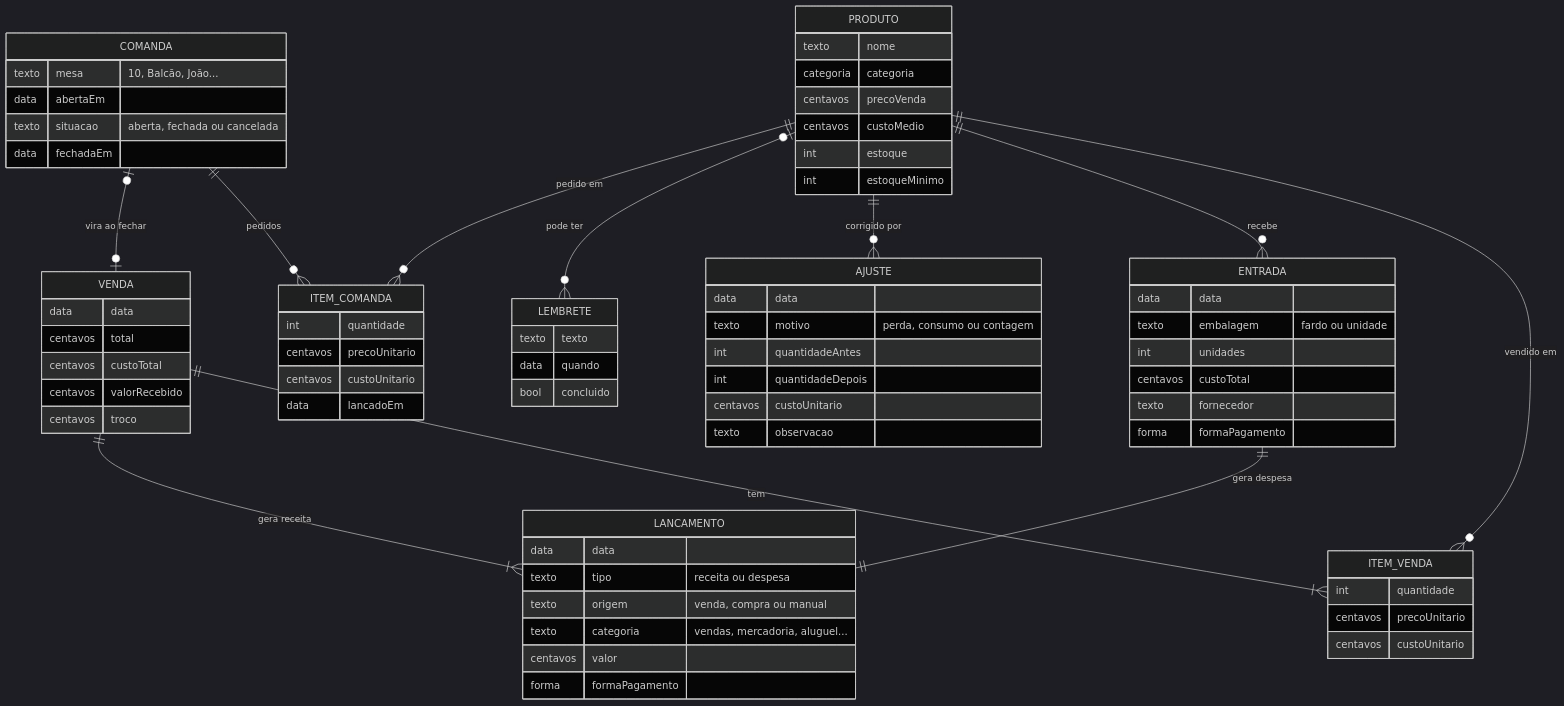
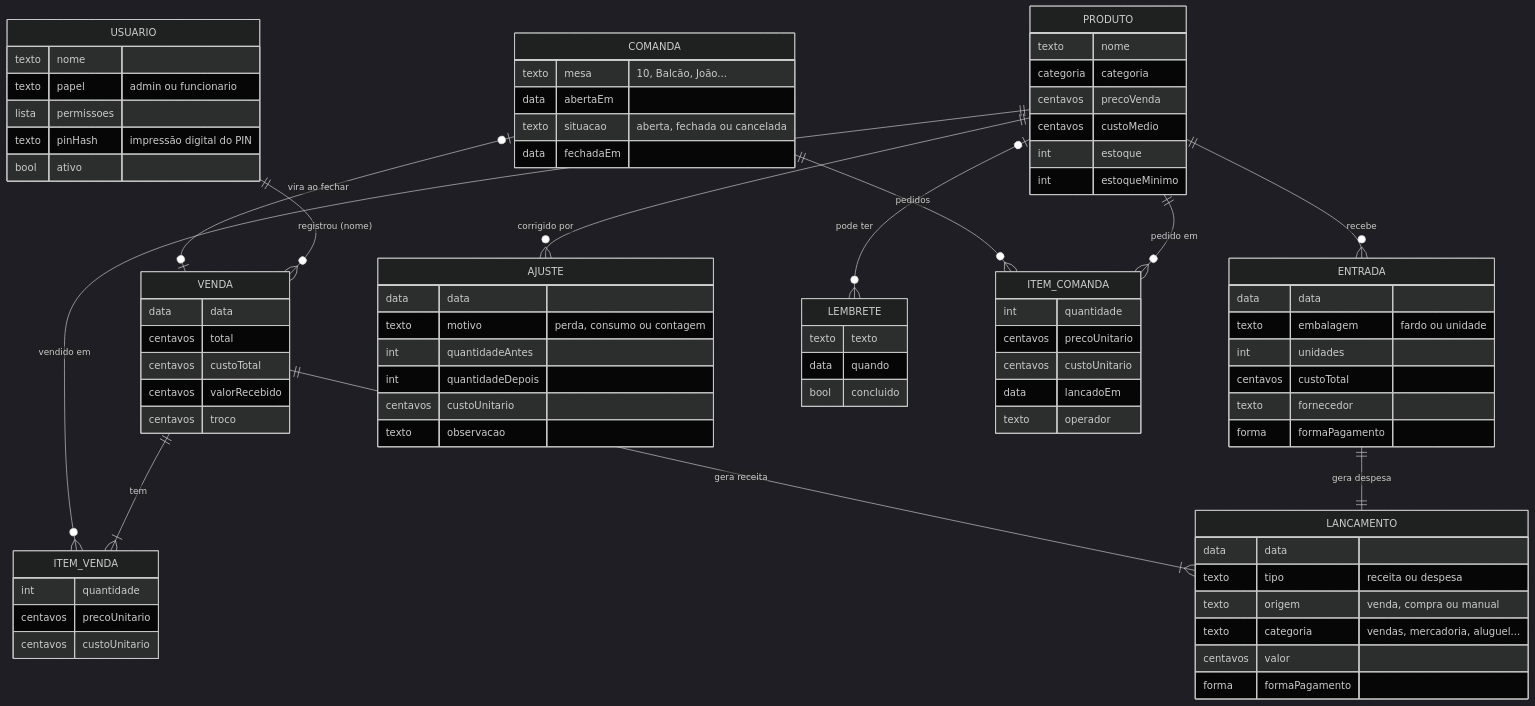
The sixth of 6 diagrams in docs/FLUXO.md (Diogo632/Adegas), drawn with Mermaid (dark theme) before and after one commit. The commit also changed other lines of this file and 58 other files, not shown here.

````diff
--- a/docs/FLUXO.md
+++ b/docs/FLUXO.md
@@ -231,6 +269,7 @@
     COMANDA ||--o{ ITEM_COMANDA : "pedidos"
     PRODUTO ||--o{ ITEM_COMANDA : "pedido em"
     COMANDA |o--o| VENDA : "vira ao fechar"
+    USUARIO ||--o{ VENDA : "registrou (nome)"
 
     PRODUTO {
         texto nome
@@ -292,5 +331,13 @@
         centavos precoUnitario
         centavos custoUnitario
         data lancadoEm
+        texto operador
+    }
+    USUARIO {
+        texto nome
+        texto papel "admin ou funcionario"
+        lista permissoes
+        texto pinHash "impressão digital do PIN"
+        bool ativo
     }
 ```
````
